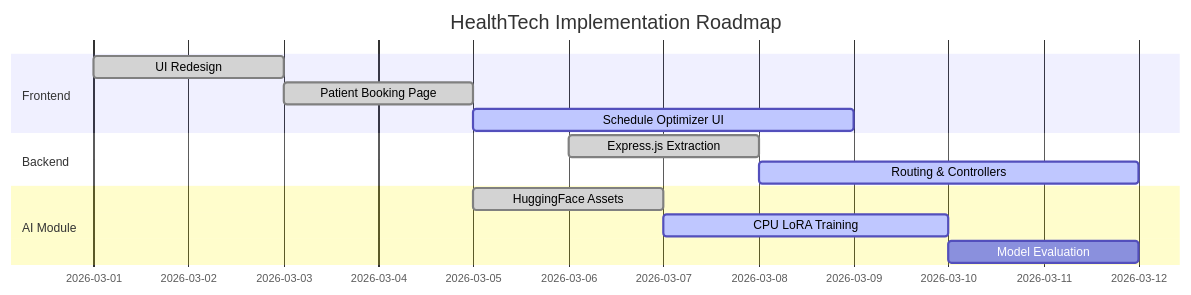
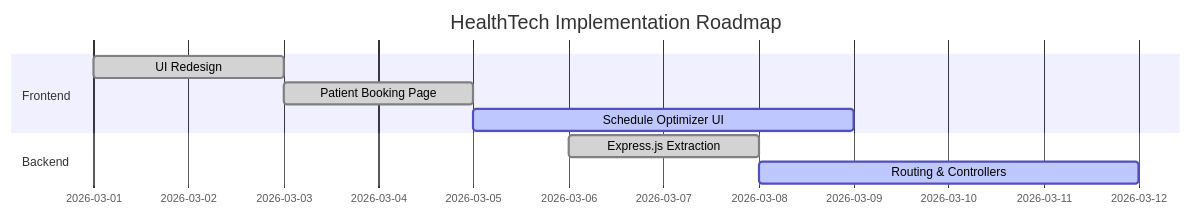
One commit to sahoo-tech/Health-Connect changed the third of 3 diagrams in README.md. Above: the diagram before and after it, drawn with Mermaid. The commit also changed other lines of this file, not shown here.

````diff
--- a/README.md
+++ b/README.md
@@ -114,16 +83,12 @@
 ```mermaid
 gantt
     title HealthTech Implementation Roadmap
     dateFormat  YYYY-MM-DD
     section Frontend
     UI Redesign           :done,    des1, 2026-03-01, 2026-03-03
     Patient Booking Page  :done,    des2, 2026-03-03, 2026-03-05
     Schedule Optimizer UI :active,  des3, 2026-03-05, 4d
     section Backend
     Express.js Extraction :done,    api1, 2026-03-06, 2d
     Routing & Controllers :active,  api2, 2026-03-08, 4d
-    section AI Module
-    HuggingFace Assets    :done,    ai1,  2026-03-05, 2d
-    CPU LoRA Training     :active,  ai2,  2026-03-07, 3d
-    Model Evaluation      :         ai3,  after ai2, 2d
 ```
````
